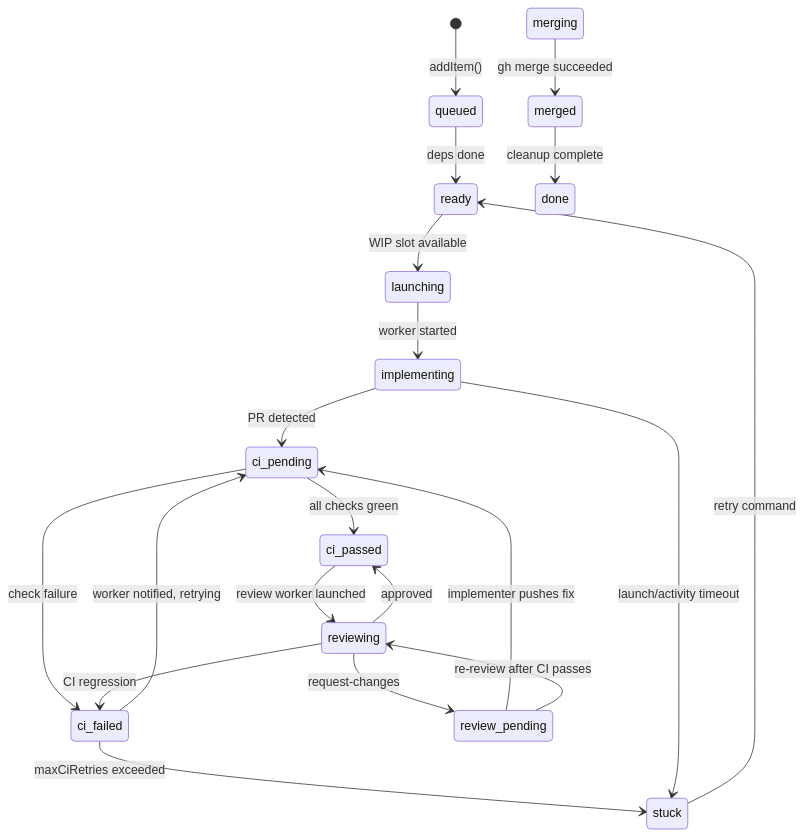
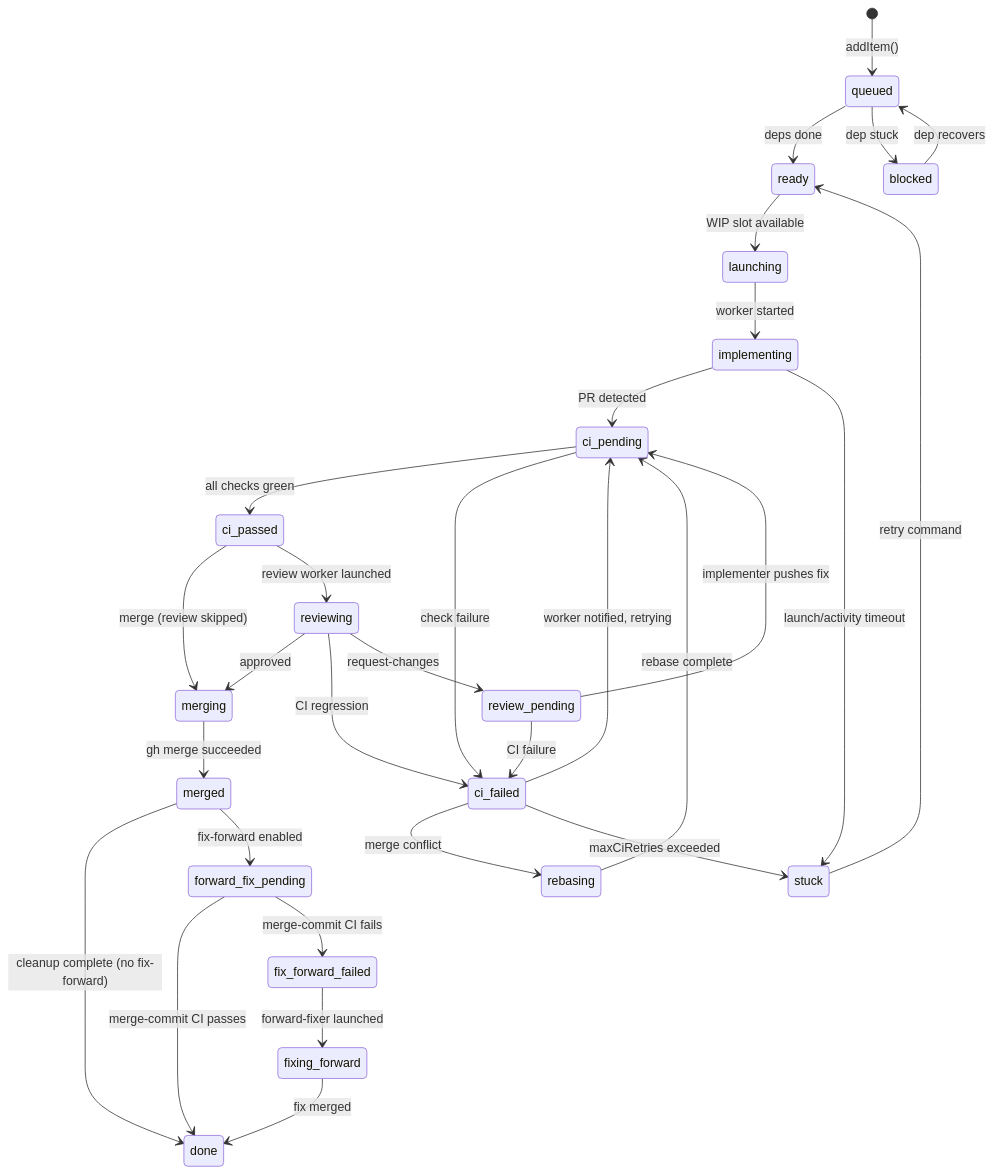
One commit to roblambell/ninthwave changed the diagram in ARCHITECTURE.md. Above: the diagram before and after it, drawn with Mermaid. The commit also changed other lines of this file and 1 other file, not shown here.

First line of the commit message:
docs: align architecture docs with implementation

````diff
--- a/ARCHITECTURE.md
+++ b/ARCHITECTURE.md
@@ -48,22 +49,32 @@
 ```mermaid
 stateDiagram-v2
     [*] --> queued : addItem()
     queued --> ready : deps done
+    queued --> blocked : dep stuck
     ready --> launching : WIP slot available
     launching --> implementing : worker started
     implementing --> ci_pending : PR detected
+    implementing --> stuck : launch/activity timeout
     ci_pending --> ci_passed : all checks green
     ci_pending --> ci_failed : check failure
+    ci_passed --> merging : merge (review skipped)
     ci_passed --> reviewing : review worker launched
-    reviewing --> ci_passed : approved
+    reviewing --> merging : approved
     reviewing --> ci_failed : CI regression
     reviewing --> review_pending : request-changes
+    review_pending --> ci_failed : CI failure
     review_pending --> ci_pending : implementer pushes fix
-    review_pending --> reviewing : re-review after CI passes
     ci_failed --> ci_pending : worker notified, retrying
+    ci_failed --> rebasing : merge conflict
     ci_failed --> stuck : maxCiRetries exceeded
+    rebasing --> ci_pending : rebase complete
     merging --> merged : gh merge succeeded
-    merged --> done : cleanup complete
-    implementing --> stuck : launch/activity timeout
+    merged --> done : cleanup complete (no fix-forward)
+    merged --> forward_fix_pending : fix-forward enabled
+    forward_fix_pending --> done : merge-commit CI passes
+    forward_fix_pending --> fix_forward_failed : merge-commit CI fails
+    fix_forward_failed --> fixing_forward : forward-fixer launched
+    fixing_forward --> done : fix merged
     stuck --> ready : retry command
+    blocked --> queued : dep recovers
 ```
````
